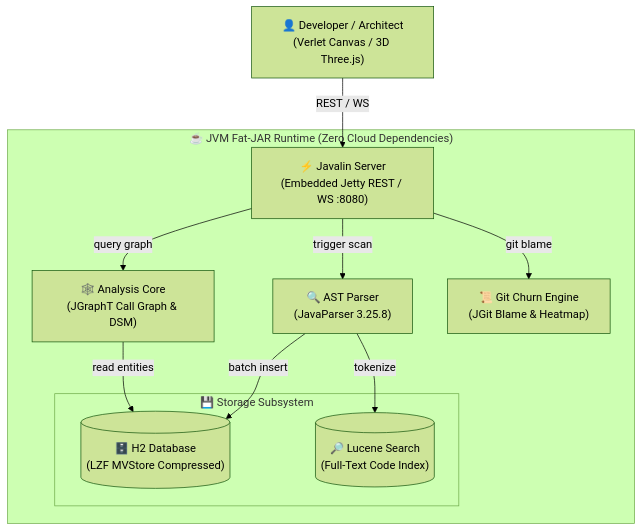
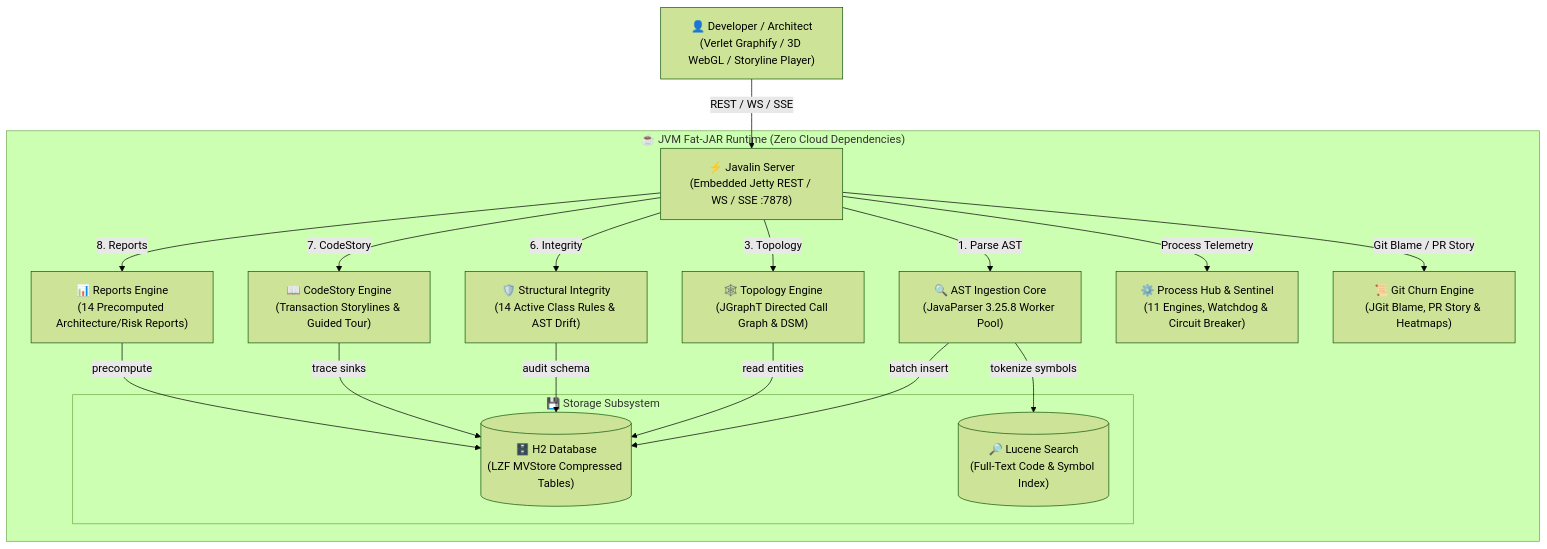
Before and after one commit to manvenpratap/codelens: the first of 5 diagrams in PROJECT_CONTEXT.md, drawn with Mermaid (forest theme). The commit also changed other lines of this file and 24 other files, not shown here.

Commit message:
docs: update archify diagrams, readme, project context, and create github wiki suite

````diff
--- a/PROJECT_CONTEXT.md
+++ b/PROJECT_CONTEXT.md
@@ -13,25 +13,36 @@
 ```mermaid
 flowchart TD
-    User["👤 Developer / Architect\n(Verlet Canvas / 3D Three.js)"]
+    User["👤 Developer / Architect\n(Verlet Graphify / 3D WebGL / Storyline Player)"]
     
     subgraph JVMBoundary["☕ JVM Fat-JAR Runtime (Zero Cloud Dependencies)"]
-        API["⚡ Javalin Server\n(Embedded Jetty REST / WS :8080)"]
+        API["⚡ Javalin Server\n(Embedded Jetty REST / WS / SSE :7878)"]
         
-        Parser["🔍 AST Parser\n(JavaParser 3.25.8)"]
-        Analyzer["🕸️ Analysis Core\n(JGraphT Call Graph & DSM)"]
-        Git["📜 Git Churn Engine\n(JGit Blame & Heatmap)"]
+        Parser["🔍 AST Ingestion Core\n(JavaParser 3.25.8 Worker Pool)"]
+        Analyzer["🕸️ Topology Engine\n(JGraphT Directed Call Graph & DSM)"]
+        Integrity["🛡️ Structural Integrity\n(14 Active Class Rules & AST Drift)"]
+        CodeStory["📖 CodeStory Engine\n(Transaction Storylines & Guided Tour)"]
+        Reports["📊 Reports Engine\n(14 Precomputed Architecture/Risk Reports)"]
+        ProcessHub["⚙️ Process Hub & Sentinel\n(11 Engines, Watchdog & Circuit Breaker)"]
+        Git["📜 Git Churn Engine\n(JGit Blame, PR Story & Heatmaps)"]
         
         subgraph StorageLayer["💾 Storage Subsystem"]
-            H2[("🗄️ H2 Database\n(LZF MVStore Compressed)")]
-            Lucene[("🔎 Lucene Search\n(Full-Text Code Index)")]
+            H2[("🗄️ H2 Database\n(LZF MVStore Compressed Tables)")]
+            Lucene[("🔎 Lucene Search\n(Full-Text Code & Symbol Index)")]
         end
     end
 
-    User -->|"REST / WS"| API
-    API -->|"trigger scan"| Parser
-    API -->|"query graph"| Analyzer
-    API -->|"git blame"| Git
+    User -->|"REST / WS / SSE"| API
+    API -->|"1. Parse AST"| Parser
+    API -->|"3. Topology"| Analyzer
+    API -->|"6. Integrity"| Integrity
+    API -->|"7. CodeStory"| CodeStory
+    API -->|"8. Reports"| Reports
+    API -->|"Process Telemetry"| ProcessHub
+    API -->|"Git Blame / PR Story"| Git
     Parser -->|"batch insert"| H2
-    Parser -->|"tokenize"| Lucene
+    Parser -->|"tokenize symbols"| Lucene
     Analyzer -->|"read entities"| H2
+    Integrity -->|"audit schema"| H2
+    CodeStory -->|"trace sinks"| H2
+    Reports -->|"precompute"| H2
 ```
````
